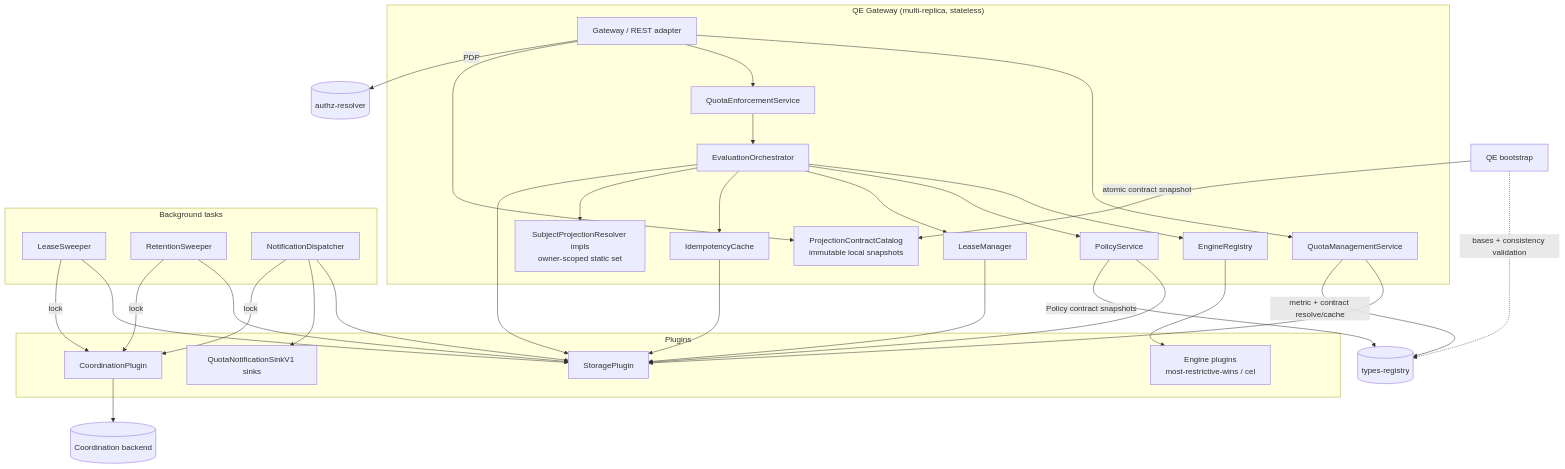
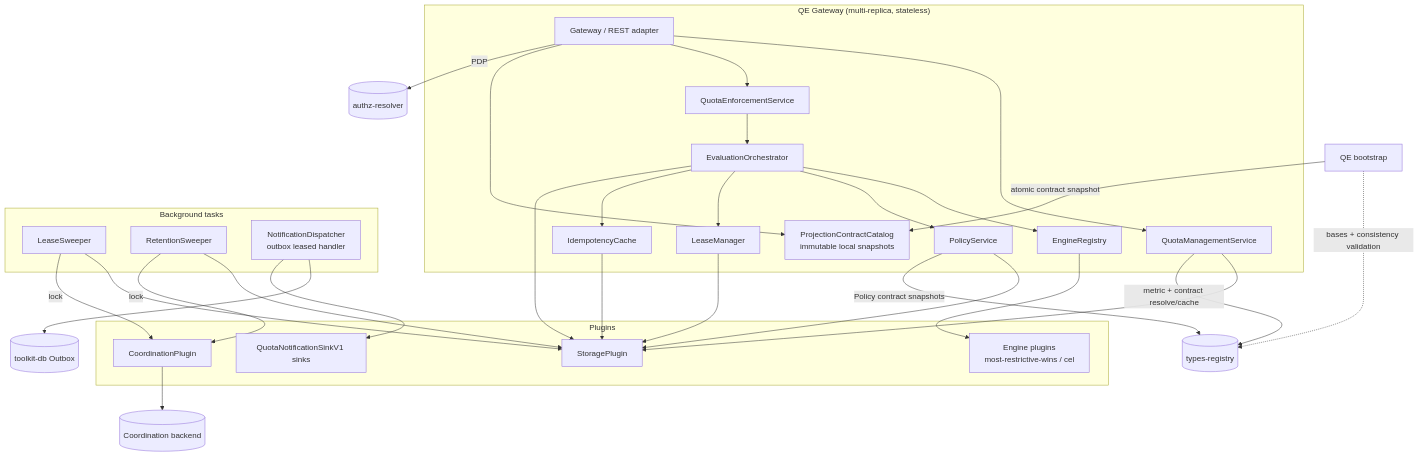
The third of 17 diagrams in gears/system/quota-enforcement/docs/DESIGN.md (constructorfabric/gears-rust), drawn with Mermaid before and after one commit. The commit also changed other lines of this file and 29 other files, not shown here.

First line of the commit message:
docs(quota-enforcement): feature docs, S2S attribution model, and contract schemas

````diff
--- a/gears/system/quota-enforcement/docs/DESIGN.md
+++ b/gears/system/quota-enforcement/docs/DESIGN.md
@@ -416,57 +417,54 @@
 ```mermaid
 graph TB
     subgraph "QE Gateway (multi-replica, stateless)"
         GW[Gateway / REST adapter]
         QMS[QuotaManagementService]
         QES[QuotaEnforcementService]
         EO[EvaluationOrchestrator]
         PS[PolicyService]
         ER[EngineRegistry]
         LM[LeaseManager]
         IC[IdempotencyCache]
         PCC[ProjectionContractCatalog<br/>immutable local snapshots]
-        SR[SubjectProjectionResolver impls<br/>owner-scoped static set]
         GW --> QMS
         GW --> QES
         GW --> PCC
         QES --> EO
         EO --> ER
         EO --> PS
         EO --> LM
         EO --> IC
-        EO --> SR
     end
 
     subgraph "Plugins"
         SP[StoragePlugin]
         CP[CoordinationPlugin]
         Engines[Engine plugins<br/>most-restrictive-wins / cel]
         Notif[QuotaNotificationSinkV1 sinks]
     end
 
     subgraph "Background tasks"
         LS[LeaseSweeper]
         RS[RetentionSweeper]
-        ND[NotificationDispatcher]
+        ND[NotificationDispatcher<br/>outbox leased handler]
     end
 
     EO --> SP
     LM --> SP
     QMS --> SP
     PS --> SP
     IC --> SP
     ER --> Engines
     LS --> SP
     RS --> SP
-    ND --> SP
+    ND --> Outbox2[(toolkit-db Outbox)]
     ND --> Notif
     LS -->|lock| CP
     RS -->|lock| CP
-    ND -->|lock| CP
-    GW -->|PDP| AuthzResolver[(authz-resolver)]
+        GW -->|PDP| AuthzResolver[(authz-resolver)]
     QMS -->|metric + contract resolve/cache| TR[(types-registry)]
     PS -->|Policy contract snapshots| TR
     GWBoot[QE bootstrap] -. bases + consistency validation .-> TR
     GWBoot -->|atomic contract snapshot| PCC
     CP --> CoordBackend[(Coordination backend)]
 ```
````
